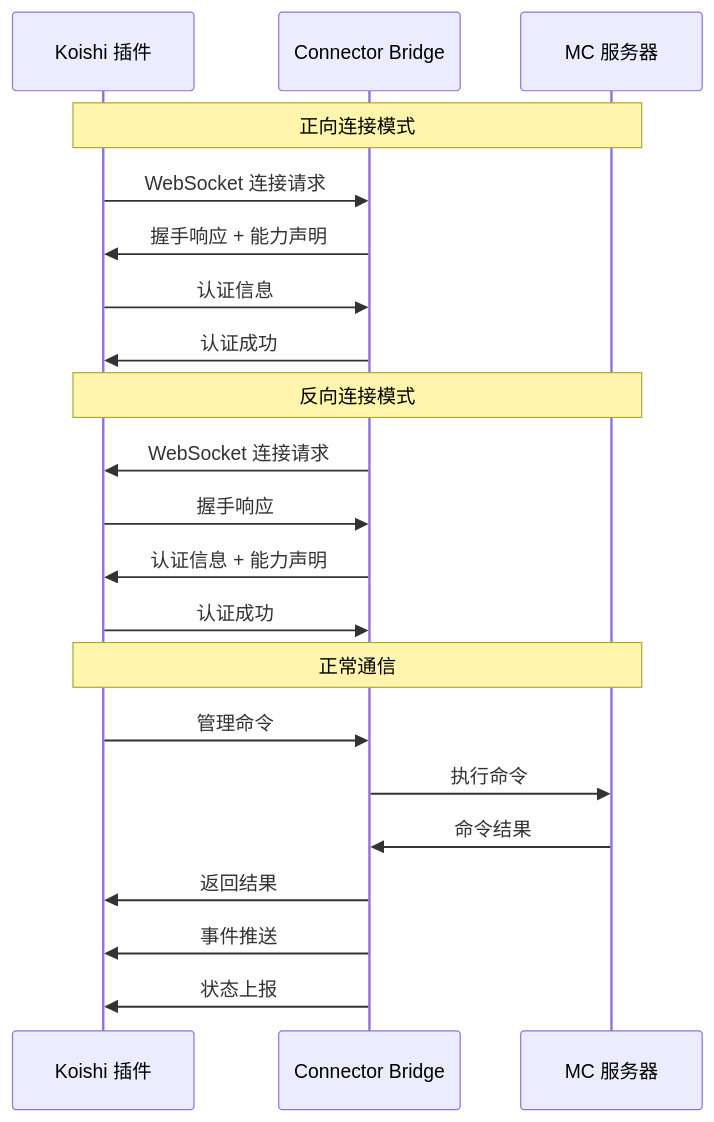
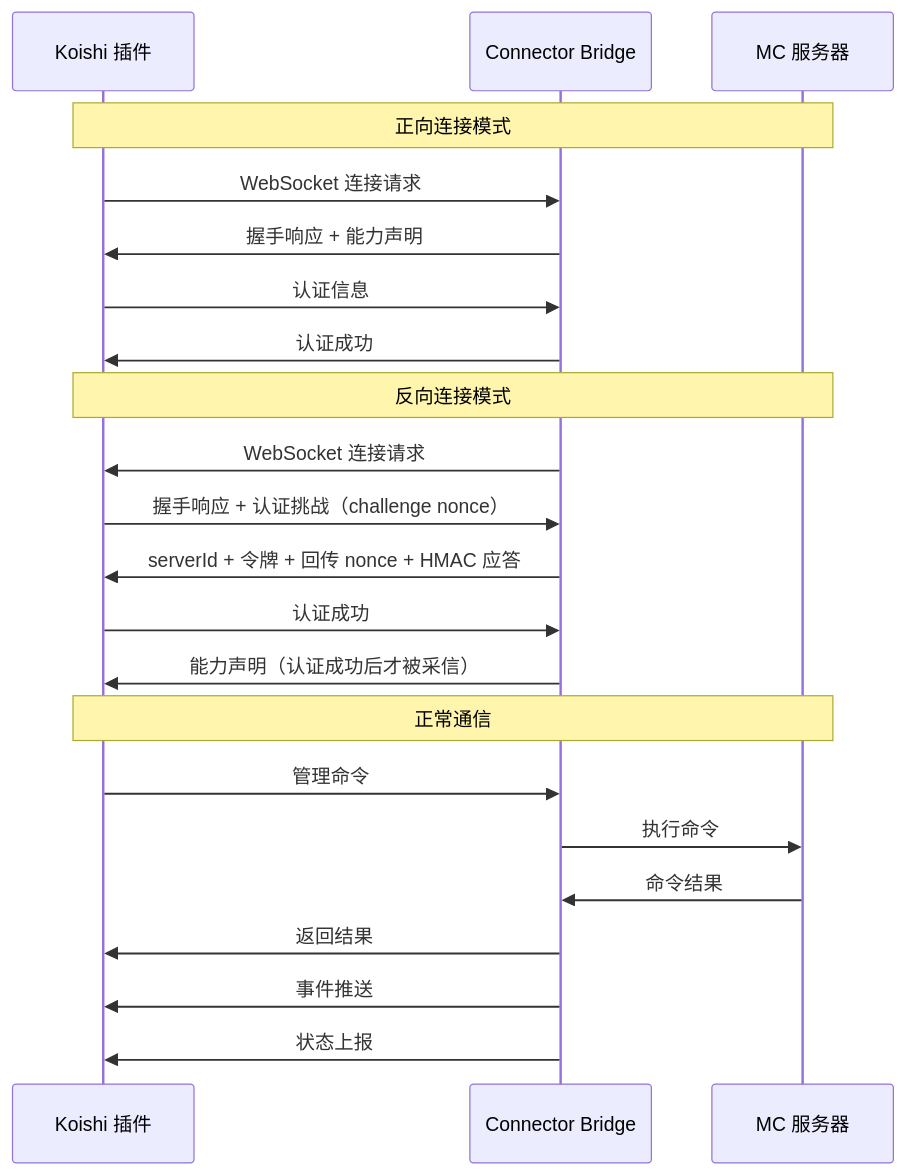
The second of 2 diagrams in .kiro/specs/minecraft-unified-management/design.md (chm413/Mochi-Link), drawn with Mermaid before and after one commit. The commit also changed other lines of this file and 9 other files, not shown here.

````diff
--- a/.kiro/specs/minecraft-unified-management/design.md
+++ b/.kiro/specs/minecraft-unified-management/design.md
@@ -68,27 +68,28 @@
 ```mermaid
 sequenceDiagram
     participant K as Koishi 插件
     participant B as Connector Bridge
     participant S as MC 服务器
     
     Note over K,S: 正向连接模式
     K->>B: WebSocket 连接请求
     B->>K: 握手响应 + 能力声明
     K->>B: 认证信息
     B->>K: 认证成功
     
     Note over K,S: 反向连接模式  
     B->>K: WebSocket 连接请求
-    K->>B: 握手响应
-    B->>K: 认证信息 + 能力声明
+    K->>B: 握手响应 + 认证挑战（challenge nonce）
+    B->>K: serverId + 令牌 + 回传 nonce + HMAC 应答
     K->>B: 认证成功
+    B->>K: 能力声明（认证成功后才被采信）
     
     Note over K,S: 正常通信
     K->>B: 管理命令
     B->>S: 执行命令
     S->>B: 命令结果
     B->>K: 返回结果
     
     B->>K: 事件推送
     B->>K: 状态上报
 ```
````
